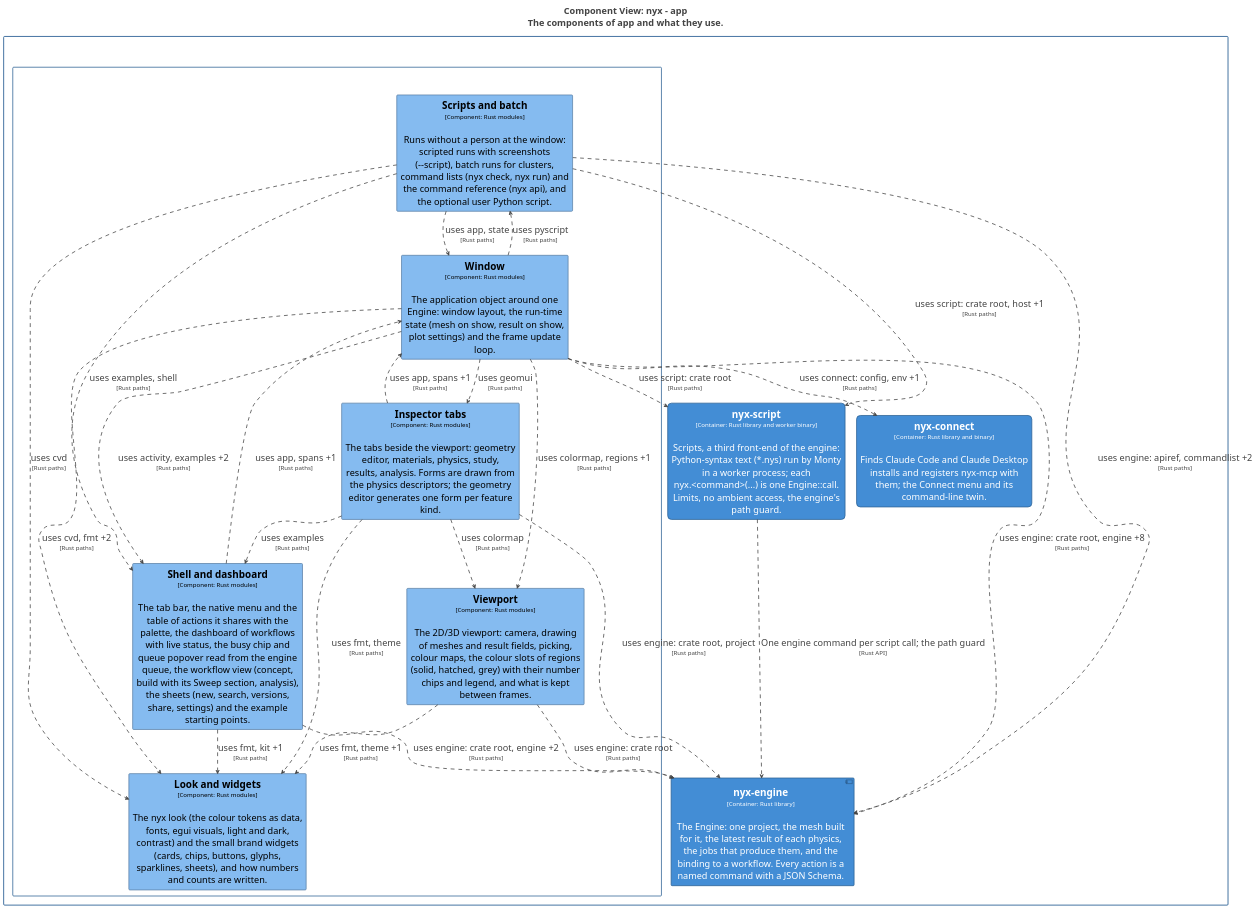
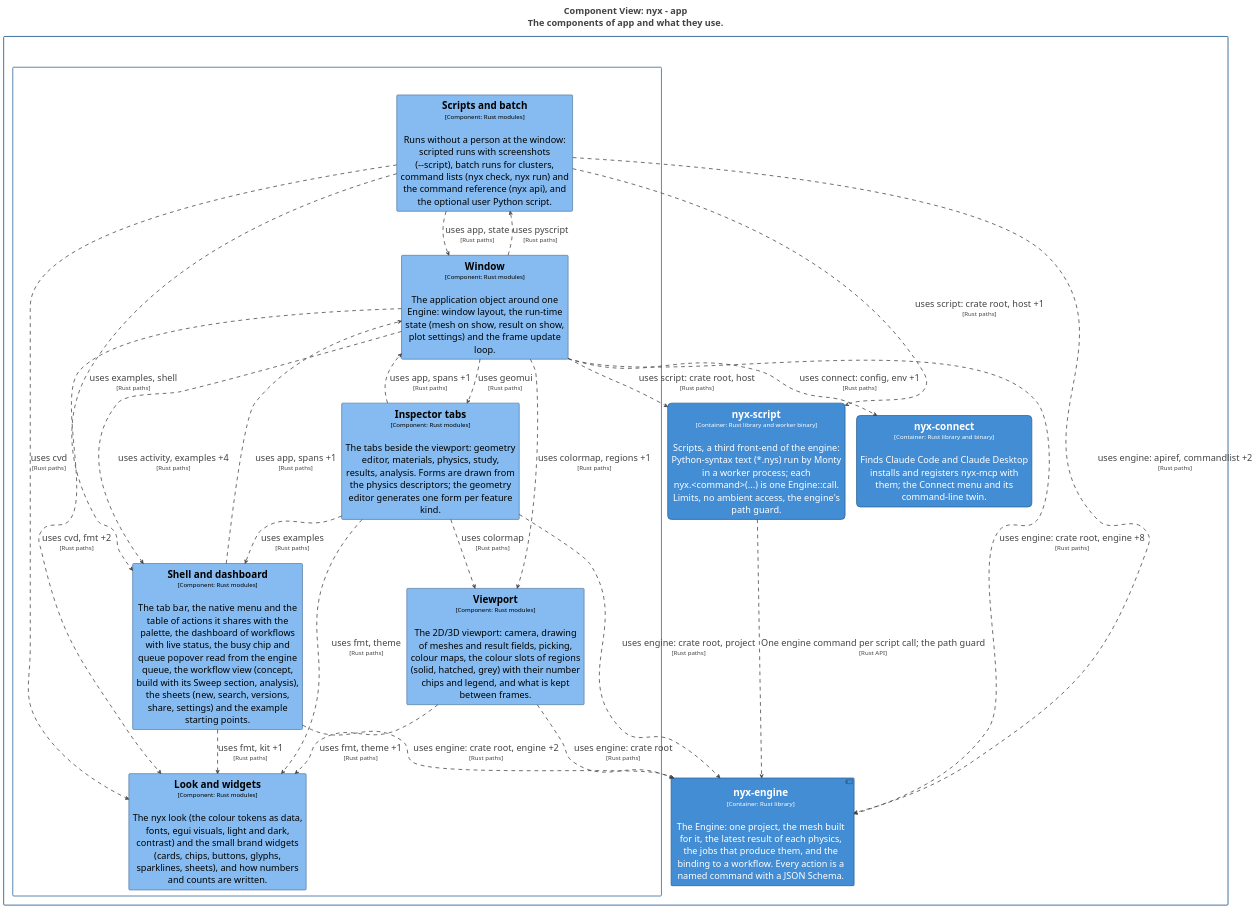
The diagram in docs/architecture/c4/export/plantuml/structurizr-Components_app.puml (p-j-r/nyx), drawn with PlantUML before and after one commit. The commit also changed 30 other files, not shown here.

Commit message:
app, tools: fix GUI usability (draft tab isolation, SI text inputs, fixed feedback slot, themed menu bar, Ctrl+K filtering, in-window .nys script sheet, parameter units, dist assets), simulated-input E2E tests, C4 pages updated

```diff
--- a/docs/architecture/c4/export/plantuml/structurizr-Components_app.puml
+++ b/docs/architecture/c4/export/plantuml/structurizr-Components_app.puml
@@ -1,124 +1,124 @@
 @startuml
 title <size:24>Component View: nyx - app</size>\n<size:24>The components of app and what they use.</size>
 
 set separator none
 top to bottom direction
 skinparam ranksep 60
 skinparam nodesep 30
 hide stereotype
 
 <style>
   root {
     BackgroundColor: #ffffff;
     FontColor: #444444;
   }
   // Element,Component
   .Element-RWxlbWVudCxDb21wb25lbnQ= {
     BackgroundColor: #85bbf0;
     LineColor: #5d82a8;
     LineStyle: 0;
     LineThickness: 2;
     FontColor: #000000;
     FontSize: 24;
     HorizontalAlignment: center;
     Shadowing: 0;
     MaximumWidth: 450;
   }
   // Element,Container,Executable
   .Element-RWxlbWVudCxDb250YWluZXIsRXhlY3V0YWJsZQ== {
     BackgroundColor: #438dd5;
     LineColor: #2e6295;
     LineStyle: 0;
     LineThickness: 2;
     RoundCorner: 20;
     FontColor: #ffffff;
     FontSize: 24;
     HorizontalAlignment: center;
     Shadowing: 0;
     MaximumWidth: 450;
   }
   // Element,Container,Library
   .Element-RWxlbWVudCxDb250YWluZXIsTGlicmFyeQ== {
     BackgroundColor: #438dd5;
     LineColor: #2e6295;
     LineStyle: 0;
     LineThickness: 2;
     FontColor: #ffffff;
     FontSize: 24;
     HorizontalAlignment: center;
     Shadowing: 0;
     MaximumWidth: 450;
   }
   // Relationship
   .Relationship-UmVsYXRpb25zaGlw {
     LineThickness: 2;
     LineStyle: 10-10;
     LineColor: #444444;
     FontColor: #444444;
     FontSize: 24;
   }
   // app
   .Boundary-YXBw {
     BackgroundColor: #ffffff;
     LineColor: #2e6295;
     LineStyle: 0;
     LineThickness: 2;
     FontColor: #ffffff;
     FontSize: 24;
     HorizontalAlignment: center;
     Shadowing: 0;
   }
   // nyx
   .Boundary-bnl4 {
     BackgroundColor: #ffffff;
     LineColor: #0b4884;
     LineStyle: 0;
     LineThickness: 2;
     FontColor: #ffffff;
     FontSize: 24;
     HorizontalAlignment: center;
     Shadowing: 0;
   }
 </style>
 
 rectangle "nyx\n<size:16>[Software System]</size>" <<Boundary-bnl4>> {
   rectangle "app\n<size:16>[Container: Rust, eframe/egui]</size>" <<Boundary-YXBw>> {
     rectangle "==Viewport\n<size:16>[Component: Rust modules]</size>\n\nThe 2D/3D viewport: camera, drawing of meshes and result fields, picking, colour maps, the colour slots of regions (solid, hatched, grey) with their number chips and legend, and what is kept between frames." <<Element-RWxlbWVudCxDb21wb25lbnQ=>> as nyx.app.Viewport
     rectangle "==Look and widgets\n<size:16>[Component: Rust modules]</size>\n\nThe nyx look (the colour tokens as data, fonts, egui visuals, light and dark, contrast) and the small brand widgets (cards, chips, buttons, glyphs, sparklines, sheets), and how numbers and counts are written." <<Element-RWxlbWVudCxDb21wb25lbnQ=>> as nyx.app.Lookandwidgets
     rectangle "==Scripts and batch\n<size:16>[Component: Rust modules]</size>\n\nRuns without a person at the window: scripted runs with screenshots (--script), batch runs for clusters, command lists (nyx check, nyx run) and the command reference (nyx api), and the optional user Python script." <<Element-RWxlbWVudCxDb21wb25lbnQ=>> as nyx.app.Scriptsandbatch
     rectangle "==Window\n<size:16>[Component: Rust modules]</size>\n\nThe application object around one Engine: window layout, the run-time state (mesh on show, result on show, plot settings) and the frame update loop." <<Element-RWxlbWVudCxDb21wb25lbnQ=>> as nyx.app.Window
     rectangle "==Shell and dashboard\n<size:16>[Component: Rust modules]</size>\n\nThe tab bar, the native menu and the table of actions it shares with the palette, the dashboard of workflows with live status, the busy chip and queue popover read from the engine queue, the workflow view (concept, build with its Sweep section, analysis), the sheets (new, search, versions, share, settings) and the example starting points." <<Element-RWxlbWVudCxDb21wb25lbnQ=>> as nyx.app.Shellanddashboard
     rectangle "==Inspector tabs\n<size:16>[Component: Rust modules]</size>\n\nThe tabs beside the viewport: geometry editor, materials, physics, study, results, analysis. Forms are drawn from the physics descriptors; the geometry editor generates one form per feature kind." <<Element-RWxlbWVudCxDb21wb25lbnQ=>> as nyx.app.Inspectortabs
   }
 
   rectangle "==nyx-script\n<size:16>[Container: Rust library and worker binary]</size>\n\nScripts, a third front-end of the engine: Python-syntax text (*.nys) run by Monty in a worker process; each nyx.<command>(...) is one Engine::call. Limits, no ambient access, the engine's path guard." <<Element-RWxlbWVudCxDb250YWluZXIsRXhlY3V0YWJsZQ==>> as nyx.nyxscript
   rectangle "==nyx-connect\n<size:16>[Container: Rust library and binary]</size>\n\nFinds Claude Code and Claude Desktop installs and registers nyx-mcp with them; the Connect menu and its command-line twin." <<Element-RWxlbWVudCxDb250YWluZXIsRXhlY3V0YWJsZQ==>> as nyx.nyxconnect
   component "==nyx-engine\n<size:16>[Container: Rust library]</size>\n\nThe Engine: one project, the mesh built for it, the latest result of each physics, the jobs that produce them, and the binding to a workflow. Every action is a named command with a JSON Schema." <<Element-RWxlbWVudCxDb250YWluZXIsTGlicmFyeQ==>> as nyx.nyxengine
 }
 
 nyx.nyxscript --> nyx.nyxengine <<Relationship-UmVsYXRpb25zaGlw>> : "One engine command per script call; the path guard\n<size:16>[Rust API]</size>"
 nyx.app.Scriptsandbatch --> nyx.nyxengine <<Relationship-UmVsYXRpb25zaGlw>> : "uses engine: apiref, commandlist +2\n<size:16>[Rust paths]</size>"
 nyx.app.Scriptsandbatch --> nyx.nyxscript <<Relationship-UmVsYXRpb25zaGlw>> : "uses script: crate root, host +1\n<size:16>[Rust paths]</size>"
 nyx.app.Scriptsandbatch --> nyx.app.Shellanddashboard <<Relationship-UmVsYXRpb25zaGlw>> : "uses examples, shell\n<size:16>[Rust paths]</size>"
 nyx.app.Scriptsandbatch --> nyx.app.Lookandwidgets <<Relationship-UmVsYXRpb25zaGlw>> : "uses cvd\n<size:16>[Rust paths]</size>"
 nyx.app.Scriptsandbatch --> nyx.app.Window <<Relationship-UmVsYXRpb25zaGlw>> : "uses app, state\n<size:16>[Rust paths]</size>"
 nyx.app.Inspectortabs --> nyx.nyxengine <<Relationship-UmVsYXRpb25zaGlw>> : "uses engine: crate root, project\n<size:16>[Rust paths]</size>"
 nyx.app.Inspectortabs --> nyx.app.Shellanddashboard <<Relationship-UmVsYXRpb25zaGlw>> : "uses examples\n<size:16>[Rust paths]</size>"
 nyx.app.Inspectortabs --> nyx.app.Lookandwidgets <<Relationship-UmVsYXRpb25zaGlw>> : "uses fmt, theme\n<size:16>[Rust paths]</size>"
 nyx.app.Inspectortabs --> nyx.app.Viewport <<Relationship-UmVsYXRpb25zaGlw>> : "uses colormap\n<size:16>[Rust paths]</size>"
 nyx.app.Inspectortabs --> nyx.app.Window <<Relationship-UmVsYXRpb25zaGlw>> : "uses app, spans +1\n<size:16>[Rust paths]</size>"
 nyx.app.Shellanddashboard --> nyx.nyxengine <<Relationship-UmVsYXRpb25zaGlw>> : "uses engine: crate root, engine +2\n<size:16>[Rust paths]</size>"
 nyx.app.Shellanddashboard --> nyx.app.Lookandwidgets <<Relationship-UmVsYXRpb25zaGlw>> : "uses fmt, kit +1\n<size:16>[Rust paths]</size>"
 nyx.app.Shellanddashboard --> nyx.app.Window <<Relationship-UmVsYXRpb25zaGlw>> : "uses app, spans +1\n<size:16>[Rust paths]</size>"
 nyx.app.Viewport --> nyx.nyxengine <<Relationship-UmVsYXRpb25zaGlw>> : "uses engine: crate root\n<size:16>[Rust paths]</size>"
 nyx.app.Viewport --> nyx.app.Lookandwidgets <<Relationship-UmVsYXRpb25zaGlw>> : "uses fmt, theme +1\n<size:16>[Rust paths]</size>"
 nyx.app.Window --> nyx.nyxconnect <<Relationship-UmVsYXRpb25zaGlw>> : "uses connect: config, env +1\n<size:16>[Rust paths]</size>"
 nyx.app.Window --> nyx.nyxengine <<Relationship-UmVsYXRpb25zaGlw>> : "uses engine: crate root, engine +8\n<size:16>[Rust paths]</size>"
-nyx.app.Window --> nyx.nyxscript <<Relationship-UmVsYXRpb25zaGlw>> : "uses script: crate root\n<size:16>[Rust paths]</size>"
+nyx.app.Window --> nyx.nyxscript <<Relationship-UmVsYXRpb25zaGlw>> : "uses script: crate root, host\n<size:16>[Rust paths]</size>"
 nyx.app.Window --> nyx.app.Scriptsandbatch <<Relationship-UmVsYXRpb25zaGlw>> : "uses pyscript\n<size:16>[Rust paths]</size>"
 nyx.app.Window --> nyx.app.Inspectortabs <<Relationship-UmVsYXRpb25zaGlw>> : "uses geomui\n<size:16>[Rust paths]</size>"
-nyx.app.Window --> nyx.app.Shellanddashboard <<Relationship-UmVsYXRpb25zaGlw>> : "uses activity, examples +2\n<size:16>[Rust paths]</size>"
+nyx.app.Window --> nyx.app.Shellanddashboard <<Relationship-UmVsYXRpb25zaGlw>> : "uses activity, examples +4\n<size:16>[Rust paths]</size>"
 nyx.app.Window --> nyx.app.Lookandwidgets <<Relationship-UmVsYXRpb25zaGlw>> : "uses cvd, fmt +2\n<size:16>[Rust paths]</size>"
 nyx.app.Window --> nyx.app.Viewport <<Relationship-UmVsYXRpb25zaGlw>> : "uses colormap, regions +1\n<size:16>[Rust paths]</size>"
 
 @enduml
```
